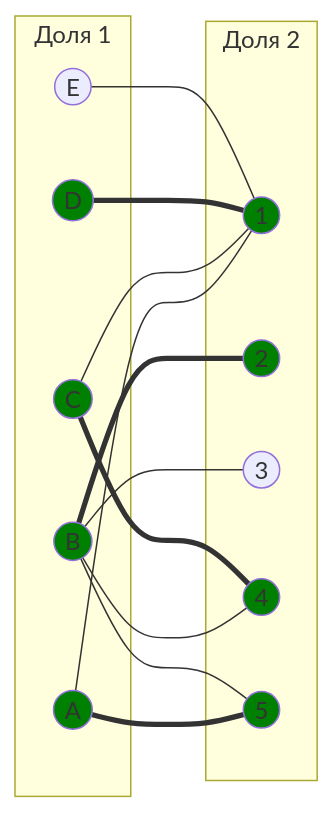
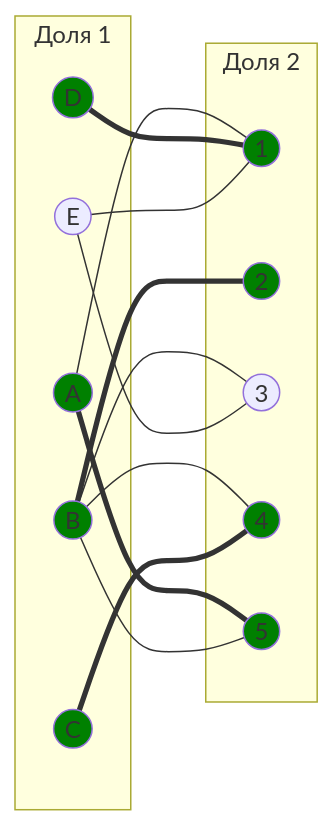
The eighth of 12 diagrams in Задание 8/slaaay.md (algos-ris-24-4/manual-tasks), drawn with Mermaid before and after one commit. The commit also changed other lines of this file, not shown here.

````diff
--- a/Задание 8/slaaay.md
+++ b/Задание 8/slaaay.md
@@ -255,36 +266,36 @@
 ```mermaid
 graph LR
     subgraph "Доля 1"
         A((A))
         B((B))
         C((C))
         D((D))
         E((E))
     end
     subgraph "Доля 2"
         1((1))
         2((2))
         3((3))
         4((4))
         5((5))
     end
     A --- 1
     A === 5
     B === 2
     B --- 3
     B --- 4
     B --- 5
-    C --- 1
     C === 4
     D === 1
     E --- 1
+    E --- 3
 
     style A fill:#008000
     style B fill:#008000
     style C fill:#008000
     style D fill:#008000
     style 1 fill:#008000
     style 2 fill:#008000
     style 4 fill:#008000
     style 5 fill:#008000
 ```
````
